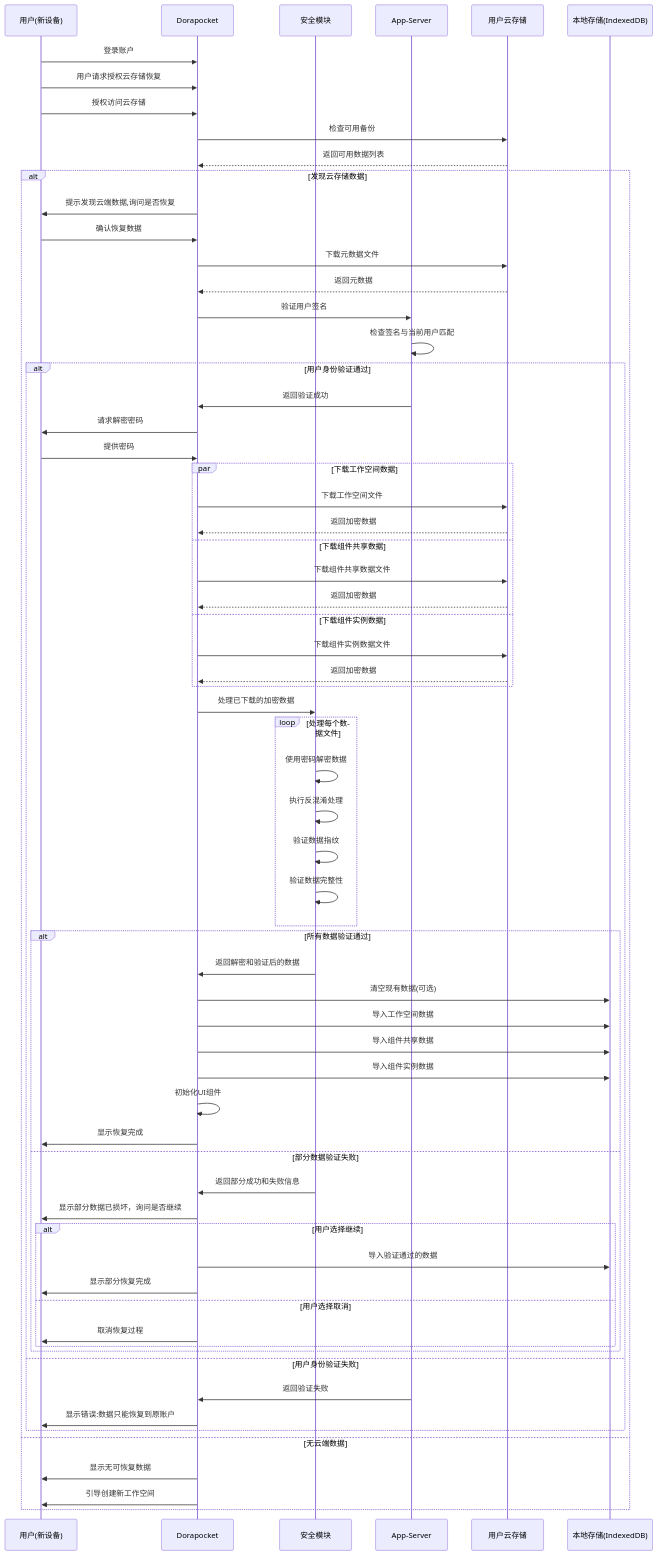
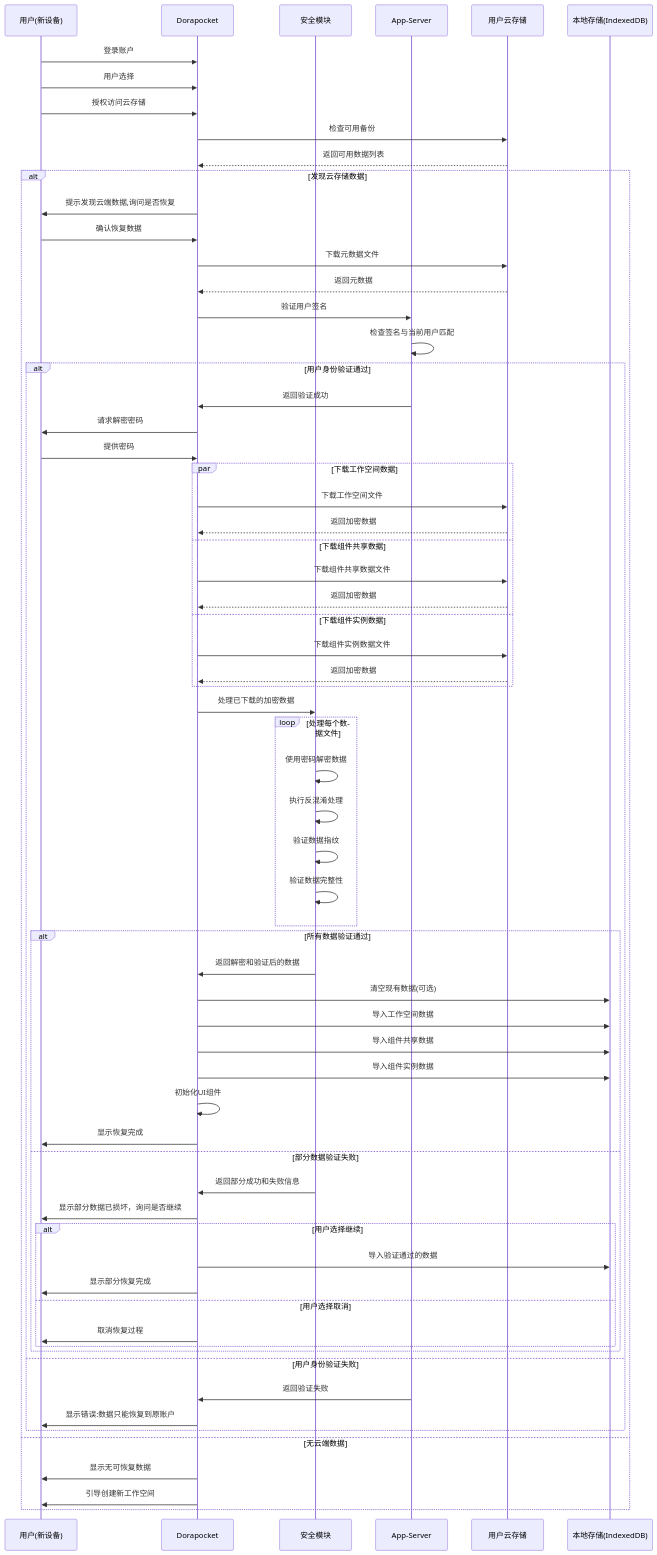
Before and after one commit to yingjianzh/iodraw-files: the diagram in all/未命名-34.md, drawn with Mermaid.

Commit message:
2025-04-17 17:05:43 update

````diff
--- a/all/未命名-34.md
+++ b/all/未命名-34.md
@@ -1,81 +1,81 @@
 ```mermaid
 sequenceDiagram
     participant User as 用户(新设备)
     participant App as Dorapocket
     participant Security as 安全模块
     participant AppServer as App-Server
     participant UserCloud as 用户云存储
     participant LocalDB as 本地存储(IndexedDB)
     
     User->>App: 登录账户
-    User->>App: 用户请求授权云存储恢复
+    User->>App: 用户选择
     User->>App: 授权访问云存储
     
     App->>UserCloud: 检查可用备份
     UserCloud-->>App: 返回可用数据列表
     
     alt 发现云存储数据
         App->>User: 提示发现云端数据,询问是否恢复
         User->>App: 确认恢复数据
         
         App->>UserCloud: 下载元数据文件
         UserCloud-->>App: 返回元数据
         
         App->>AppServer: 验证用户签名
         AppServer->>AppServer: 检查签名与当前用户匹配
         
         alt 用户身份验证通过
             AppServer->>App: 返回验证成功
             
             App->>User: 请求解密密码
             User->>App: 提供密码
             
             par 下载工作空间数据
                 App->>UserCloud: 下载工作空间文件
                 UserCloud-->>App: 返回加密数据
             and 下载组件共享数据
                 App->>UserCloud: 下载组件共享数据文件
                 UserCloud-->>App: 返回加密数据
             and 下载组件实例数据
                 App->>UserCloud: 下载组件实例数据文件
                 UserCloud-->>App: 返回加密数据
             end
             
             App->>Security: 处理已下载的加密数据
             loop 处理每个数据文件
                 Security->>Security: 使用密码解密数据
                 Security->>Security: 执行反混淆处理
                 Security->>Security: 验证数据指纹
                 Security->>Security: 验证数据完整性
             end
             
             alt 所有数据验证通过
                 Security->>App: 返回解密和验证后的数据
                 
                 App->>LocalDB: 清空现有数据(可选)
                 App->>LocalDB: 导入工作空间数据
                 App->>LocalDB: 导入组件共享数据
                 App->>LocalDB: 导入组件实例数据
                 
                 App->>App: 初始化UI组件
                 App->>User: 显示恢复完成
             else 部分数据验证失败
                 Security->>App: 返回部分成功和失败信息
                 App->>User: 显示部分数据已损坏，询问是否继续
                 
                 alt 用户选择继续
                     App->>LocalDB: 导入验证通过的数据
                     App->>User: 显示部分恢复完成
                 else 用户选择取消
                     App->>User: 取消恢复过程
                 end
             end
         else 用户身份验证失败
             AppServer->>App: 返回验证失败
             App->>User: 显示错误:数据只能恢复到原账户
         end
     else 无云端数据
         App->>User: 显示无可恢复数据
         App->>User: 引导创建新工作空间
     end
 ```
````
